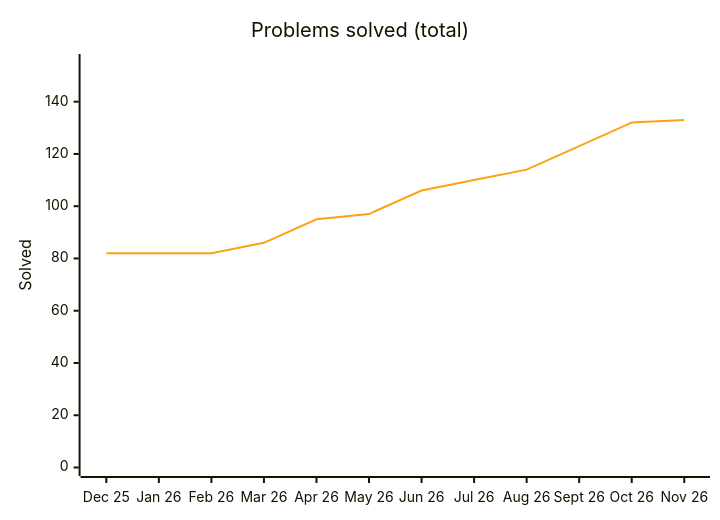
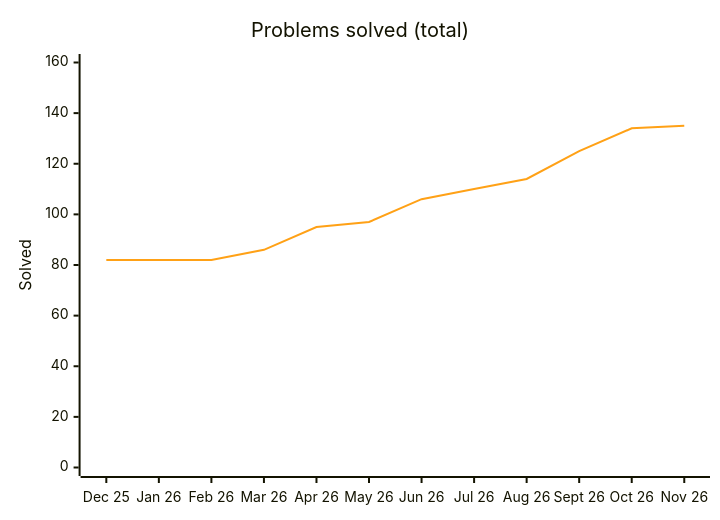
The diagram in README.md (Ved-u/Java-DSA), drawn with Mermaid before and after one commit. The commit also changed other lines of this file and 4 other files, not shown here.

````diff
--- a/README.md
+++ b/README.md
@@ -53,8 +53,8 @@
 ```mermaid
 %%{init: {"themeVariables": {"xyChart": {"plotColorPalette": "#ffa116"}}}}%%
 xychart-beta
     title "Problems solved (total)"
     x-axis ["Dec 25", "Jan 26", "Feb 26", "Mar 26", "Apr 26", "May 26", "Jun 26", "Jul 26", "Aug 26", "Sept 26", "Oct 26", "Nov 26"]
-    y-axis "Solved" 0 --> 155
-    line [82, 82, 82, 86, 95, 97, 106, 110, 114, 123, 132, 133]
+    y-axis "Solved" 0 --> 160
+    line [82, 82, 82, 86, 95, 97, 106, 110, 114, 125, 134, 135]
 ```
````
